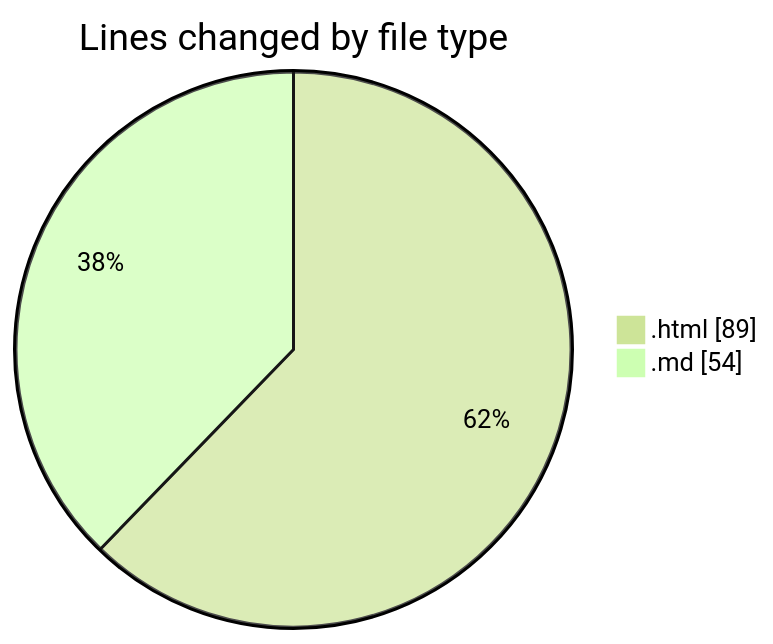
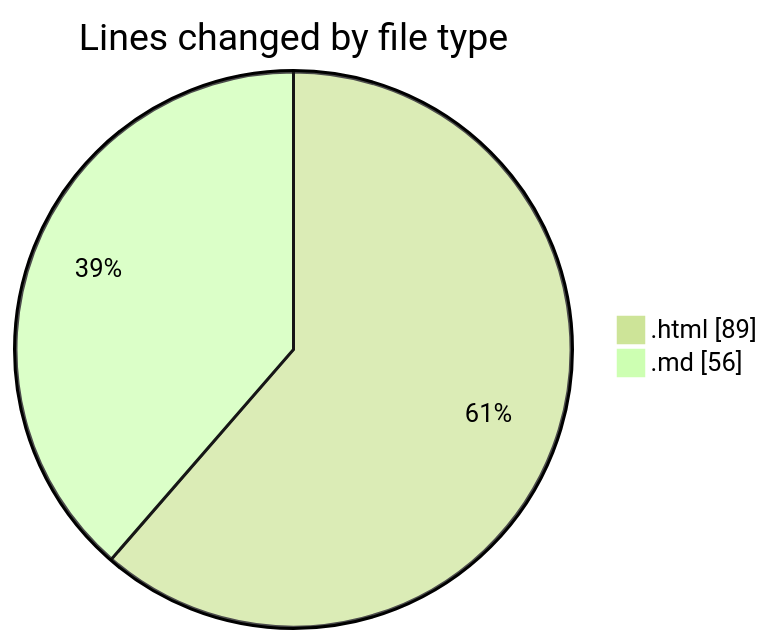
Before and after one commit to Ritupan-Deka/code-tracking: the first of 2 diagrams in 2025-07-04/urlwebwala_intership_work/README.md, drawn with Mermaid (forest theme). The commit also changed other lines of this file and 1 other file, not shown here.

````diff
--- a/2025-07-04/urlwebwala_intership_work/README.md
+++ b/2025-07-04/urlwebwala_intership_work/README.md
@@ -21,6 +21,6 @@
 ```mermaid
 pie showData
 title Lines changed by file type
 ".html" : 89
-".md" : 54
+".md" : 56
 ```
````
